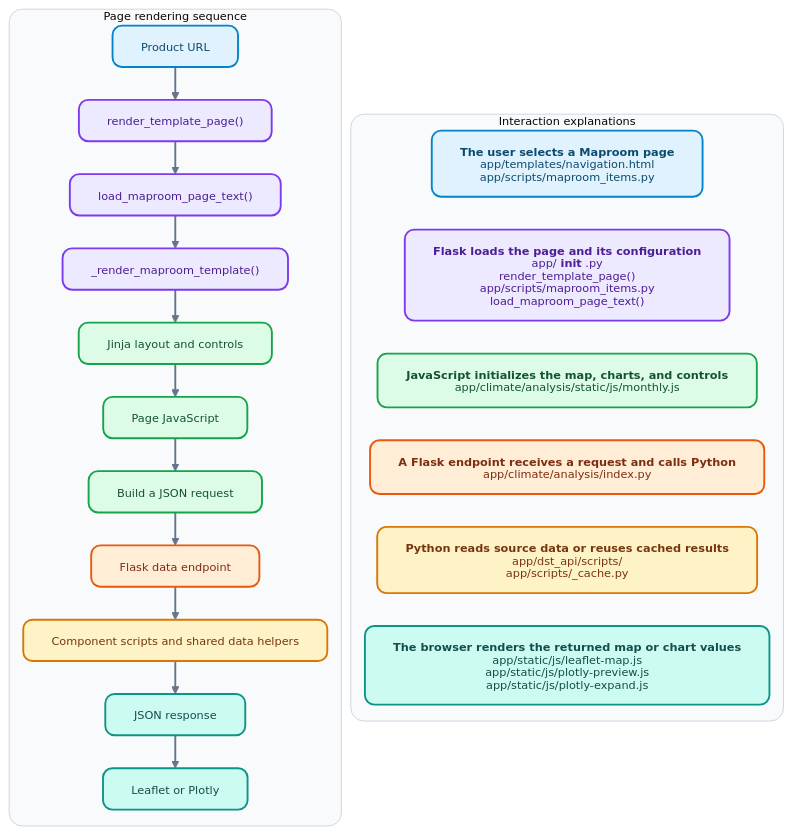
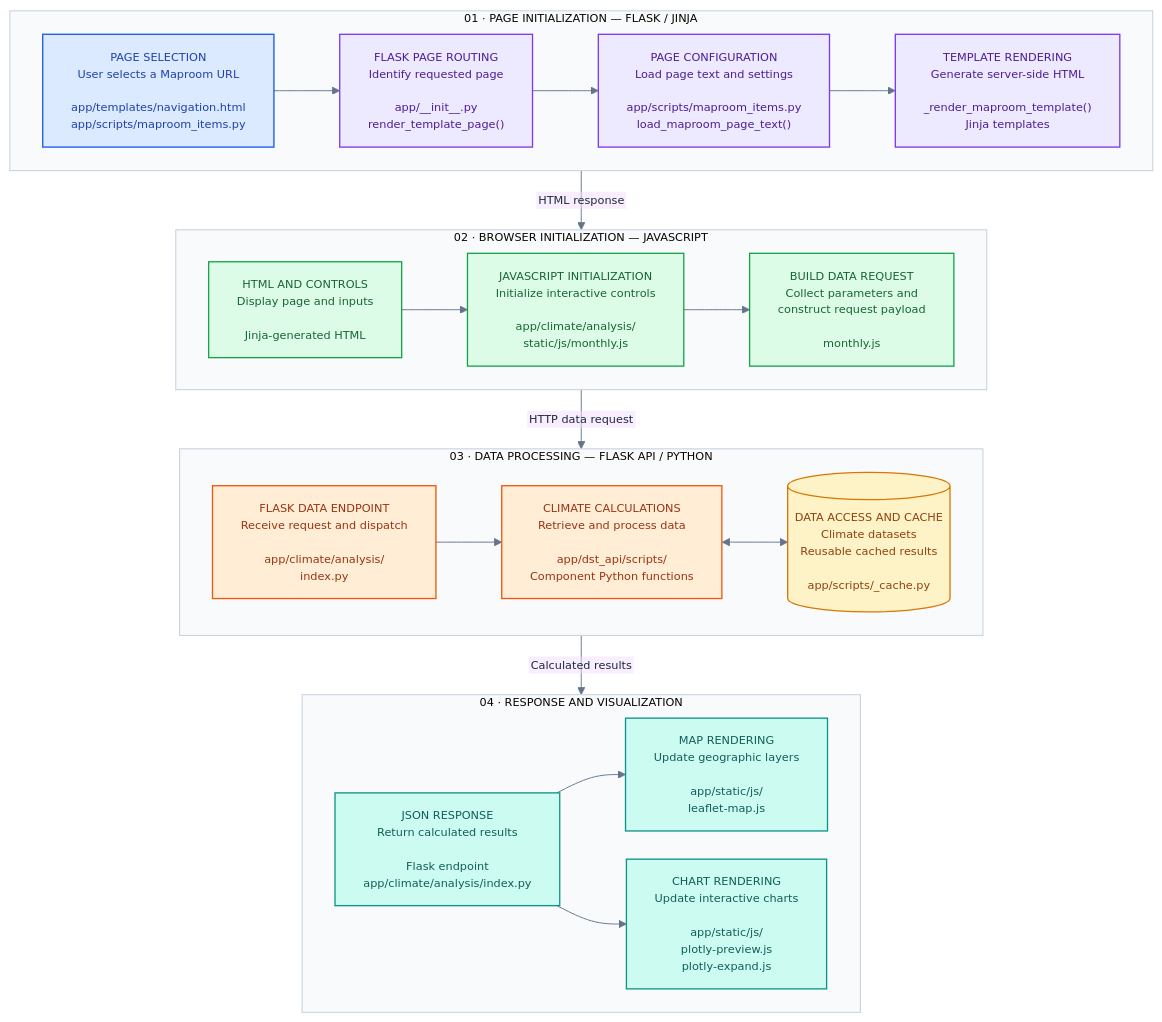
Before and after one commit to haja-sei/maprooms-docs-dev: the second of 2 diagrams in docs/1-overview.md, drawn with Mermaid. The commit also changed other lines of this file and 3 other files, not shown here.

Commit message:
update chart workflow

````diff
--- a/docs/1-overview.md
+++ b/docs/1-overview.md
@@ -230,94 +231,148 @@
 ---
 config:
   theme: base
-  htmlLabels: false
-  markdownAutoWrap: true
+  look: classic
   themeVariables:
     fontFamily: Arial, sans-serif
     fontSize: 12px
     lineColor: "#64748b"
+    primaryTextColor: "#1e293b"
   flowchart:
     htmlLabels: false
-    useMaxWidth: false
-    wrappingWidth: 860
-    nodeSpacing: 10
-    rankSpacing: 10
-    diagramPadding: 14
-    curve: linear
+    useMaxWidth: true
+    nodeSpacing: 30
+    rankSpacing: 45
+    curve: basis
+    diagramPadding: 20
 ---
 
-flowchart LR
-  subgraph sequence["Page rendering sequence"]
-    direction TB
-    url["Product URL"] --> route["render_template_page()"]
-    route --> yaml["load_maproom_page_text()"]
-    yaml --> template["_render_maproom_template()"]
-    template --> html["Jinja layout and controls"]
-    html --> js["Page JavaScript"]
-    js --> query["Build a JSON request"]
-    query --> endpoint["Flask data endpoint"]
-    endpoint --> calculation["Component scripts and shared data helpers"]
-    calculation --> response["JSON response"]
-    response --> render["Leaflet or Plotly"]
-  end
+flowchart TB
 
-  subgraph explanations["Interaction explanations"]
-    direction TB
+    subgraph INIT["01 · PAGE INITIALIZATION — FLASK / JINJA"]
+        direction LR
 
-    note_user["`**The user selects a Maproom page**
-    app/templates/navigation.html
-    app/scripts/maproom_items.py`"]
+        A["PAGE SELECTION
+        User selects a Maproom URL
 
-    note_flask["`**Flask loads the page and its configuration**
-    app/__init__.py
-    render_template_page()
-    app/scripts/maproom_items.py
-    load_maproom_page_text()`"]
+        app/templates/navigation.html
+        app/scripts/maproom_items.py"]
 
-    note_js["`**JavaScript initializes the map, charts, and controls**
-    app/climate/analysis/static/js/monthly.js`"]
+        B["FLASK PAGE ROUTING
+        Identify requested page
 
-    note_endpoint["`**A Flask endpoint receives a request and calls Python**
-    app/climate/analysis/index.py`"]
+        app/__init__.py
+        render_template_page()"]
 
-    note_data["`**Python reads source data or reuses cached results**
-    app/dst_api/scripts/
-    app/scripts/_cache.py`"]
+        C["PAGE CONFIGURATION
+        Load page text and settings
 
-    note_render["`**The browser renders the returned map or chart values**
-    app/static/js/leaflet-map.js
-    app/static/js/plotly-preview.js
-    app/static/js/plotly-expand.js`"]
+        app/scripts/maproom_items.py
+        load_maproom_page_text()"]
 
-    note_user ~~~ note_flask
-    note_flask ~~~ note_js
-    note_js ~~~ note_endpoint
-    note_endpoint ~~~ note_data
-    note_data ~~~ note_render
-  end
+        D["TEMPLATE RENDERING
+        Generate server-side HTML
 
-  sequence ~~~ explanations
+        _render_maproom_template()
+        Jinja templates"]
 
-  %% Stage colors and rounded corners
-  classDef entry fill:#e0f2fe,stroke:#0284c7,color:#0c4a6e,stroke-width:2px,rx:10,ry:10;
-  classDef flask fill:#ede9fe,stroke:#7c3aed,color:#4c1d95,stroke-width:2px,rx:10,ry:10;
-  classDef browser fill:#dcfce7,stroke:#16a34a,color:#14532d,stroke-width:2px,rx:10,ry:10;
-  classDef request fill:#ffedd5,stroke:#ea580c,color:#7c2d12,stroke-width:2px,rx:10,ry:10;
-  classDef data fill:#fef3c7,stroke:#d97706,color:#78350f,stroke-width:2px,rx:10,ry:10;
-  classDef output fill:#ccfbf1,stroke:#0d9488,color:#134e4a,stroke-width:2px,rx:10,ry:10;
+        A --> B --> C --> D
+    end
 
-  %% Match each explanation to its corresponding stages
-  class url,note_user entry;
-  class route,yaml,template,note_flask flask;
-  class html,js,query,note_js browser;
-  class endpoint,note_endpoint request;
-  class calculation,note_data data;
-  class response,render,note_render output;
+    subgraph CLIENT["02 · BROWSER INITIALIZATION — JAVASCRIPT"]
+        direction LR
 
-  %% Column backgrounds
-  style sequence fill:#f8fafc,stroke:#cbd5e1,stroke-width:1px,rx:14,ry:14
-  style explanations fill:#f8fafc,stroke:#cbd5e1,stroke-width:1px,rx:14,ry:14
+        E["HTML AND CONTROLS
+        Display page and inputs
 
-  %% Style the original sequence arrows
-  linkStyle 0,1,2,3,4,5,6,7,8,9 stroke:#64748b,stroke-width:2px;
+        Jinja-generated HTML"]
+
+        F["JAVASCRIPT INITIALIZATION
+        Initialize interactive controls
+
+        app/climate/analysis/
+        static/js/monthly.js"]
+
+        G["BUILD DATA REQUEST
+        Collect parameters and
+        construct request payload
+
+        monthly.js"]
+
+        E --> F --> G
+    end
+
+    subgraph BACKEND["03 · DATA PROCESSING — FLASK API / PYTHON"]
+        direction LR
+
+        H["FLASK DATA ENDPOINT
+        Receive request and dispatch
+
+        app/climate/analysis/
+        index.py"]
+
+        I["CLIMATE CALCULATIONS
+        Retrieve and process data
+
+        app/dst_api/scripts/
+        Component Python functions"]
+
+        J[("DATA ACCESS AND CACHE
+        Climate datasets
+        Reusable cached results
+
+        app/scripts/_cache.py")]
+
+        H --> I
+        I <--> J
+    end
+
+    subgraph OUTPUT["04 · RESPONSE AND VISUALIZATION"]
+        direction LR
+
+        K["JSON RESPONSE
+        Return calculated results
+
+        Flask endpoint
+        app/climate/analysis/index.py"]
+
+        L["MAP RENDERING
+        Update geographic layers
+
+        app/static/js/
+        leaflet-map.js"]
+
+        M["CHART RENDERING
+        Update interactive charts
+
+        app/static/js/
+        plotly-preview.js
+        plotly-expand.js"]
+
+        K --> L
+        K --> M
+    end
+
+    D -->|"HTML response"| E
+    G -->|"HTTP data request"| H
+    I -->|"Calculated results"| K
+
+    classDef user fill:#dbeafe,stroke:#2563eb,color:#1e40af,stroke-width:1.5px;
+    classDef server fill:#ede9fe,stroke:#7c3aed,color:#4c1d95,stroke-width:1.4px;
+    classDef browser fill:#dcfce7,stroke:#16a34a,color:#166534,stroke-width:1.4px;
+    classDef api fill:#ffedd5,stroke:#ea580c,color:#9a3412,stroke-width:1.4px;
+    classDef data fill:#fef3c7,stroke:#d97706,color:#92400e,stroke-width:1.4px;
+    classDef output fill:#ccfbf1,stroke:#0d9488,color:#115e59,stroke-width:1.4px;
+
+    class A user;
+    class B,C,D server;
+    class E,F,G browser;
+    class H,I api;
+    class J data;
+    class K,L,M output;
+
+    style INIT fill:#f8fafc,stroke:#cbd5e1,stroke-width:1.2px
+    style CLIENT fill:#f8fafc,stroke:#cbd5e1,stroke-width:1.2px
+    style BACKEND fill:#f8fafc,stroke:#cbd5e1,stroke-width:1.2px
+    style OUTPUT fill:#f8fafc,stroke:#cbd5e1,stroke-width:1.2px
+
 ```
````
